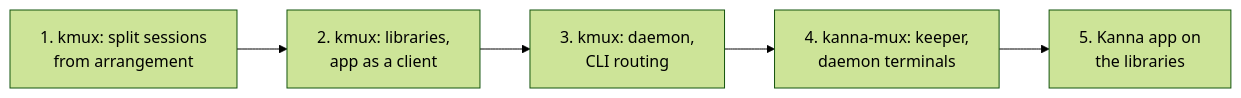
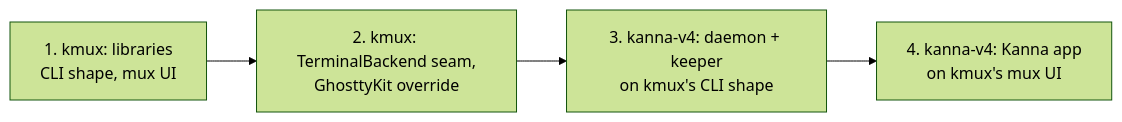
The ninth of 9 diagrams in docs/research/mux-architecture.md (jemdiggity/kanna-v4), drawn with Mermaid (forest theme) before and after one commit. The commit also changed other lines of this file, not shown here.

Commit message:
Mux architecture: kmux stays an app with libraries; Kanna owns the daemon and keeper, built on kmux's CLI shape and mux UI

````diff
--- a/docs/research/mux-architecture.md
+++ b/docs/research/mux-architecture.md
@@ -282,7 +265,6 @@
 ```mermaid
 flowchart LR
-    S1["1. kmux: split sessions<br/>from arrangement"] --> S2["2. kmux: libraries,<br/>app as a client"]
-    S2 --> S3["3. kmux: daemon,<br/>CLI routing"]
-    S3 --> S4["4. kanna-mux: keeper,<br/>daemon terminals"]
-    S4 --> S5["5. Kanna app on<br/>the libraries"]
+    S1["1. kmux: libraries<br/>CLI shape, mux UI"] --> S2["2. kmux: TerminalBackend seam,<br/>GhosttyKit override"]
+    S2 --> S3["3. kanna-v4: daemon + keeper<br/>on kmux's CLI shape"]
+    S3 --> S4["4. kanna-v4: Kanna app<br/>on kmux's mux UI"]
 ```
````
